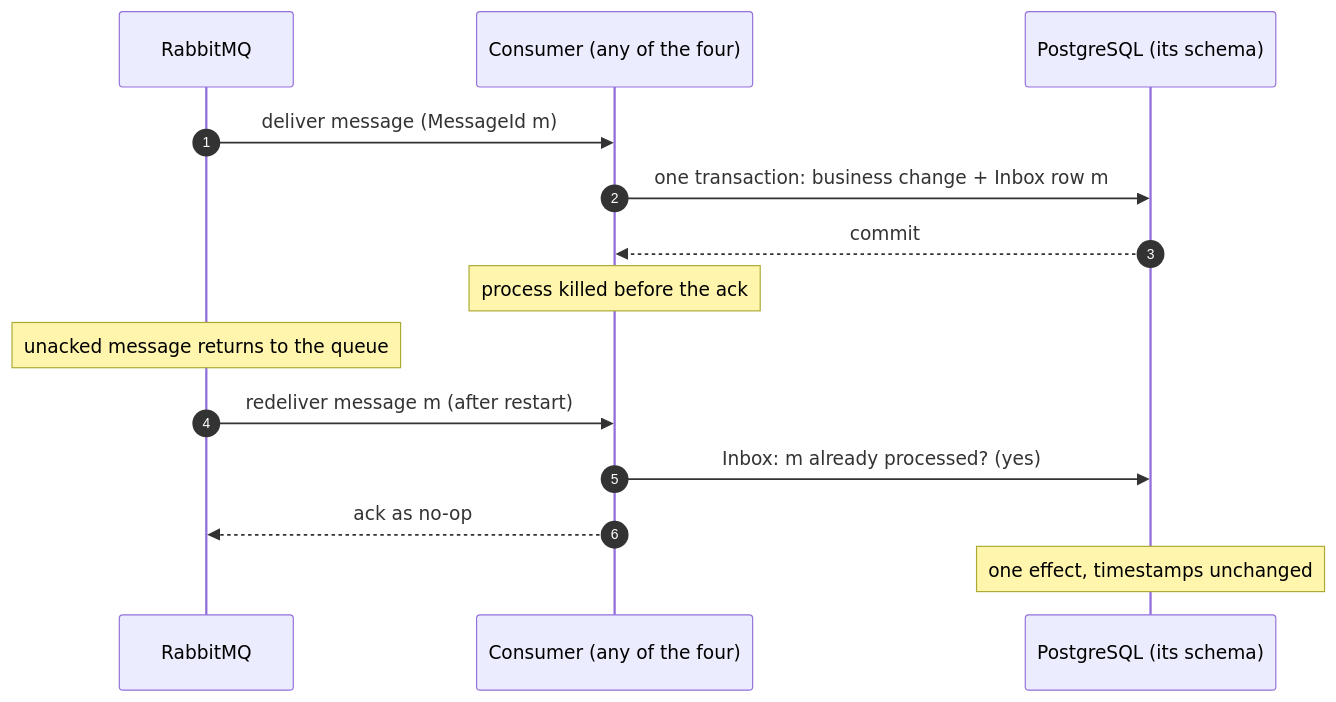
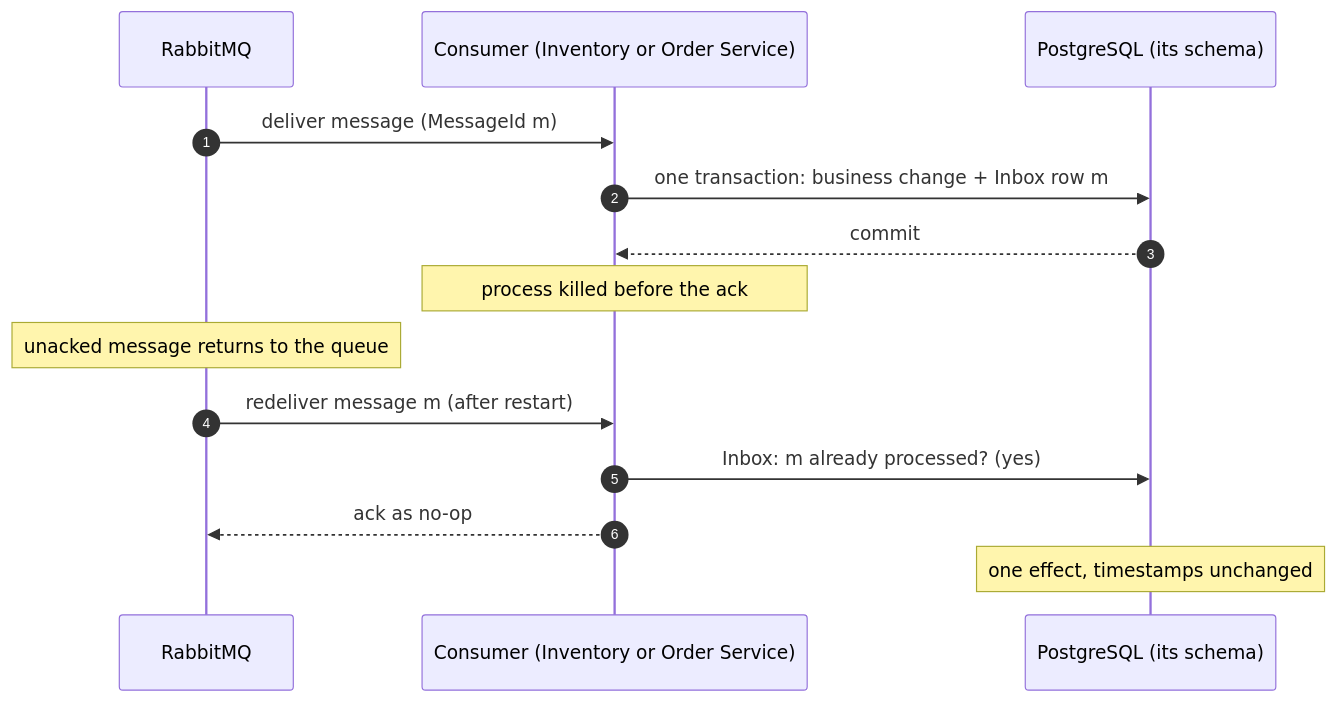
One commit to VuTanMinh/flash-sale-microservices changed the diagram in report/figures/seq-fail-crash-before-ack.mmd. Above: the diagram before and after it, drawn with Mermaid. The commit also changed 20 other files, not shown here.

```diff
--- a/report/figures/seq-fail-crash-before-ack.mmd
+++ b/report/figures/seq-fail-crash-before-ack.mmd
@@ -1,14 +1,14 @@
 sequenceDiagram
     autonumber
     participant MQ as RabbitMQ
-    participant C as Consumer (any of the four)
+    participant C as Consumer (Inventory or Order Service)
     participant PG as PostgreSQL (its schema)
     MQ->>C: deliver message (MessageId m)
     C->>PG: one transaction: business change + Inbox row m
     PG-->>C: commit
     Note over C: process killed before the ack
     Note over MQ: unacked message returns to the queue
     MQ->>C: redeliver message m (after restart)
     C->>PG: Inbox: m already processed? (yes)
     C-->>MQ: ack as no-op
     Note over PG: one effect, timestamps unchanged
```
